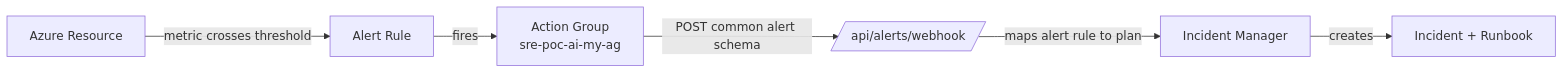
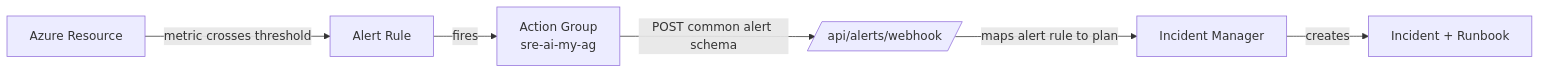
One commit to csdmichael/SalesPOC.SRE changed the fourth of 4 diagrams in README.md. Above: the diagram before and after it, drawn with Mermaid. The commit also changed other lines of this file and 10 other files, not shown here.

````diff
--- a/README.md
+++ b/README.md
@@ -274,8 +274,8 @@
 ```mermaid
 flowchart LR
     R[Azure Resource] -->|metric crosses threshold| AR[Alert Rule]
-    AR -->|fires| AG[Action Group<br/>sre-poc-ai-my-ag]
+    AR -->|fires| AG[Action Group<br/>sre-ai-my-ag]
     AG -->|POST common alert schema| WH[/api/alerts/webhook/]
     WH -->|maps alert rule to plan| IM[Incident Manager]
     IM -->|creates| INC[Incident + Runbook]
 ```
````
